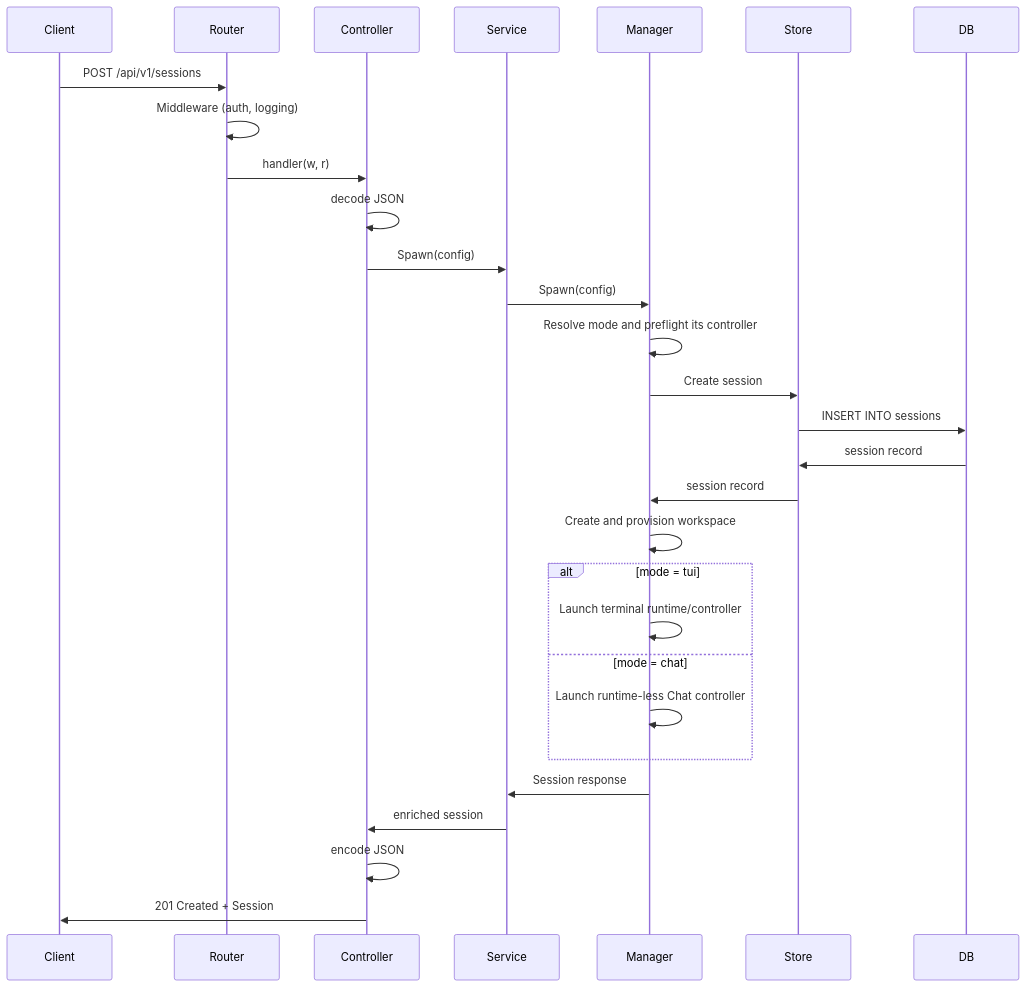
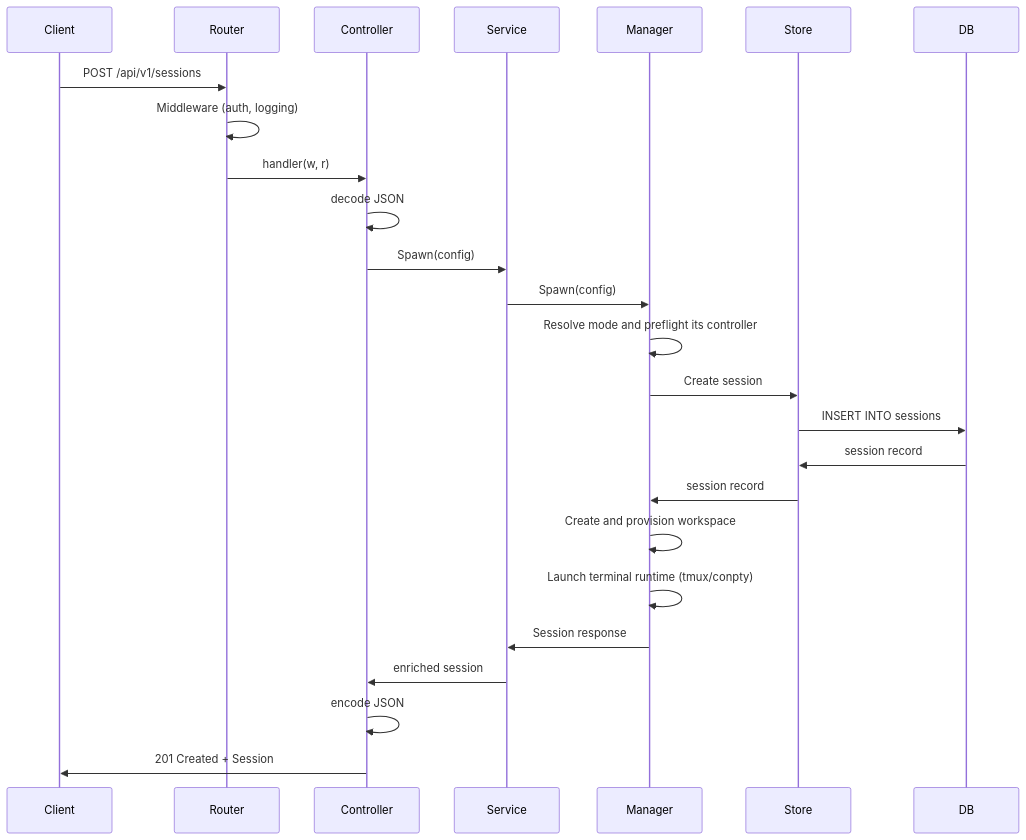
Before and after one commit to ercs-second-brain/agent-orchestrator: diagram 21 of 23 in docs/architecture.md, drawn with Mermaid. The commit also changed other lines of this file and 90 other files, not shown here.

First line of the commit message:
refactor: remove mobile chat surfaces; docs layer for terminal-first model (#39) (#52)

````diff
--- a/docs/architecture.md
+++ b/docs/architecture.md
@@ -910,32 +778,28 @@
 ```mermaid
 sequenceDiagram
     participant Client
     participant Router
     participant Controller
     participant Service
     participant Manager
     participant Store
     participant DB
 
     Client->>Router: POST /api/v1/sessions
     Router->>Router: Middleware (auth, logging)
     Router->>Controller: handler(w, r)
     Controller->>Controller: decode JSON
     Controller->>Service: Spawn(config)
     Service->>Manager: Spawn(config)
     Manager->>Manager: Resolve mode and preflight its controller
     Manager->>Store: Create session
     Store->>DB: INSERT INTO sessions
     DB->>Store: session record
     Store->>Manager: session record
     Manager->>Manager: Create and provision workspace
-    alt mode = tui
-        Manager->>Manager: Launch terminal runtime/controller
-    else mode = chat
-        Manager->>Manager: Launch runtime-less Chat controller
-    end
+    Manager->>Manager: Launch terminal runtime (tmux/conpty)
     Manager->>Service: Session response
     Service->>Controller: enriched session
     Controller->>Controller: encode JSON
     Controller->>Client: 201 Created + Session
 ```
````
